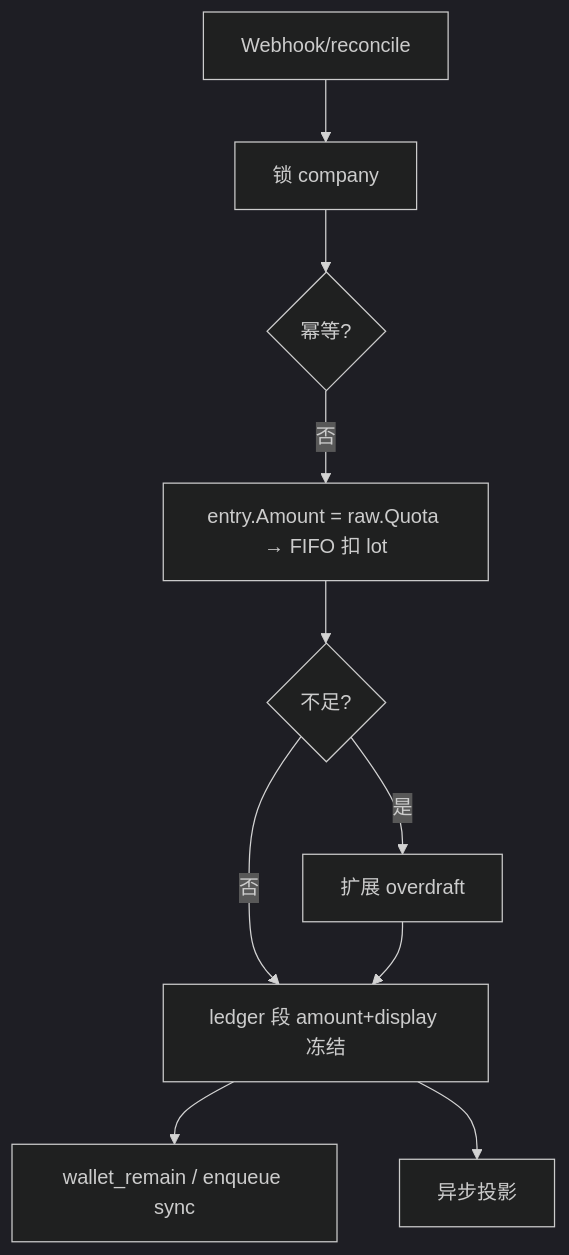
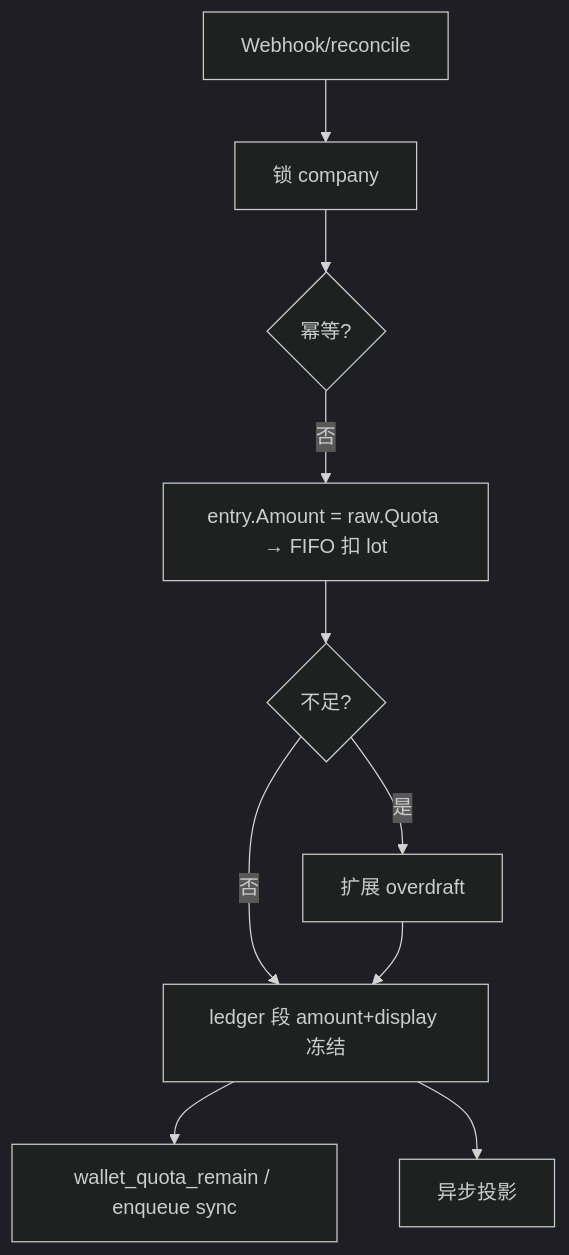
The fifth of 6 diagrams in docs/Backend-计费模式.md (quyip8818/mytokenjoy), drawn with Mermaid (dark theme) before and after one commit. The commit also changed other lines of this file and 43 other files, not shown here.

Commit message:
rename wallet_remain → wallet_quota_remain

````diff
--- a/docs/Backend-计费模式.md
+++ b/docs/Backend-计费模式.md
@@ -190,12 +190,12 @@
 ```mermaid
 flowchart TD
   A[Webhook/reconcile] --> B[锁 company]
   B --> C{幂等?}
   C -->|否| D[entry.Amount = raw.Quota → FIFO 扣 lot]
   D --> E{不足?}
   E -->|是| F[扩展 overdraft]
   E -->|否| G[ledger 段 amount+display 冻结]
   F --> G
-  G --> H[wallet_remain / enqueue sync]
+  G --> H[wallet_quota_remain / enqueue sync]
   G --> I[异步投影]
 ```
````
